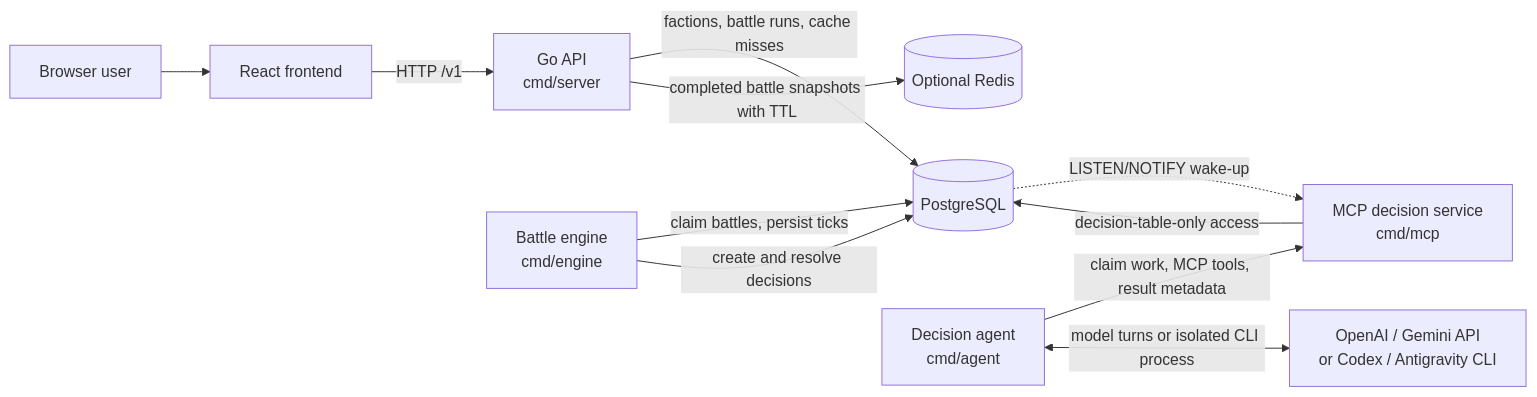
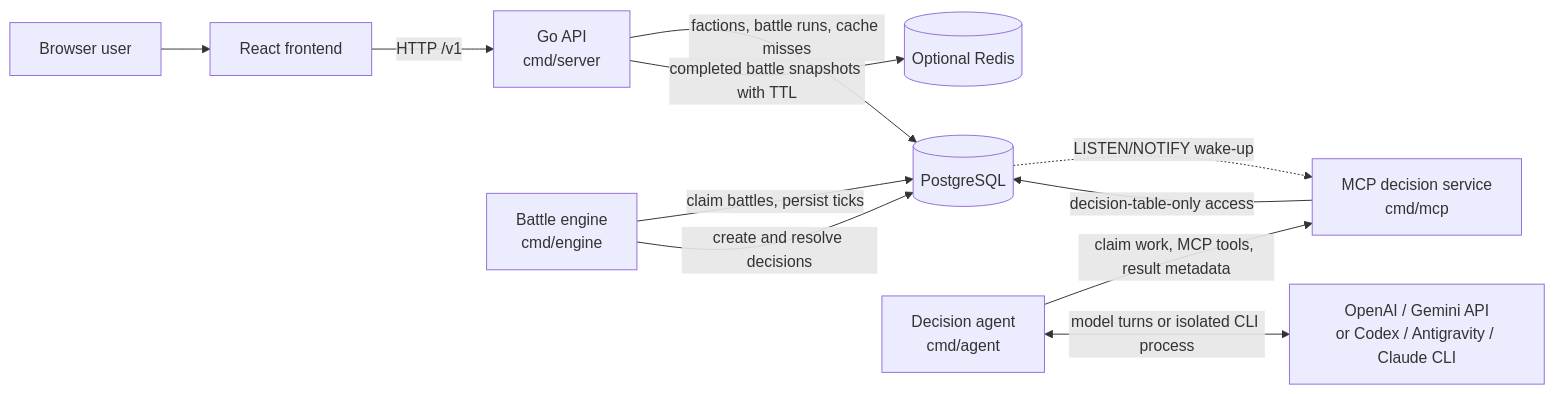
One commit to twhAuto/autonomous_battlefield changed the first of 5 diagrams in docs/design/system-architecture.md. Above: the diagram before and after it, drawn with Mermaid. The commit also changed other lines of this file and 2 other files, not shown here.

First line of the commit message:
Correct stale statements in architecture and design guides

````diff
--- a/docs/design/system-architecture.md
+++ b/docs/design/system-architecture.md
@@ -41,23 +41,23 @@
 ```mermaid
 flowchart LR
     User[Browser user]
     UI[React frontend]
     API[Go API<br/>cmd/server]
     Engine[Battle engine<br/>cmd/engine]
     DB[(PostgreSQL)]
     Cache[(Optional Redis)]
     MCP[MCP decision service<br/>cmd/mcp]
     Agent[Decision agent<br/>cmd/agent]
-    Provider[OpenAI / Gemini API<br/>or Codex / Antigravity CLI]
+    Provider[OpenAI / Gemini API<br/>or Codex / Antigravity / Claude CLI]
 
     User --> UI
     UI -->|HTTP /v1| API
     API -->|factions, battle runs, cache misses| DB
     API -->|completed battle snapshots with TTL| Cache
     Engine -->|claim battles, persist ticks| DB
     Engine -->|create and resolve decisions| DB
     DB -.->|LISTEN/NOTIFY wake-up| MCP
     Agent -->|claim work, MCP tools, result metadata| MCP
     Agent <-->|model turns or isolated CLI process| Provider
     MCP -->|decision-table-only access| DB
 ```
````
